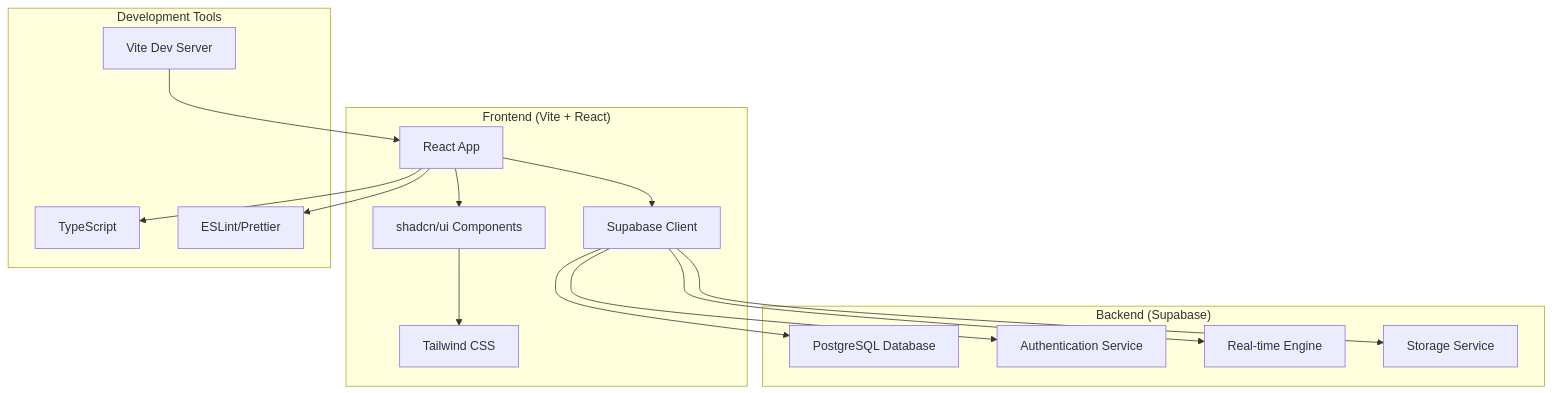
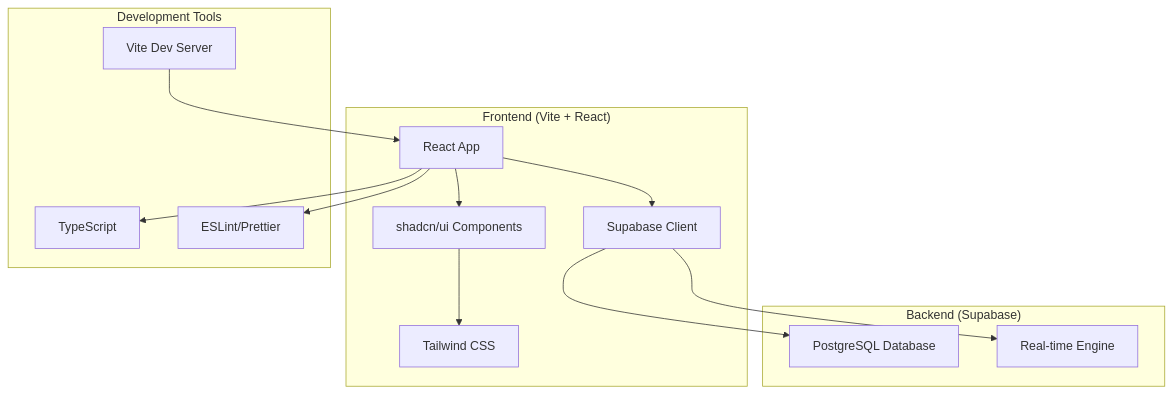
Before and after one commit to uratmangun/react-kiro-starter: the diagram in .kiro/specs/vite-react-supabase-shadcn/design.md, drawn with Mermaid. The commit also changed other lines of this file and 42 other files, not shown here.

````diff
--- a/.kiro/specs/vite-react-supabase-shadcn/design.md
+++ b/.kiro/specs/vite-react-supabase-shadcn/design.md
@@ -17,30 +17,26 @@
 ```mermaid
 graph TB
     subgraph "Frontend (Vite + React)"
         A[React App] --> B[shadcn/ui Components]
         A --> C[Supabase Client]
         B --> D[Tailwind CSS]
     end
     
     subgraph "Backend (Supabase)"
         E[PostgreSQL Database]
-        F[Authentication Service]
         G[Real-time Engine]
-        H[Storage Service]
     end
     
     C --> E
-    C --> F
     C --> G
-    C --> H
     
     subgraph "Development Tools"
         I[TypeScript]
         J[ESLint/Prettier]
         K[Vite Dev Server]
     end
     
     A --> I
     A --> J
     K --> A
 ```
````
